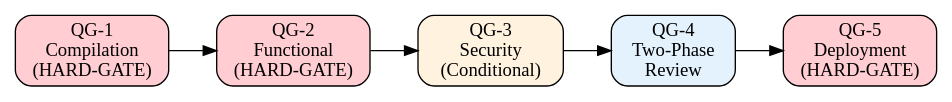
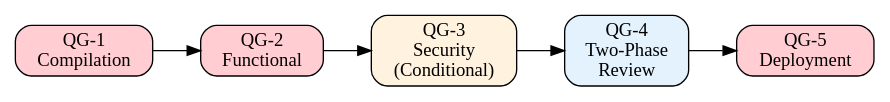
Before and after one commit to yufakang0826-hue/erpforge: the first of 2 diagrams in protocols/quality-gates.md, drawn with Graphviz. The commit also changed other lines of this file and 20 other files, not shown here.

````diff
--- a/protocols/quality-gates.md
+++ b/protocols/quality-gates.md
@@ -12,14 +16,14 @@
 ```dot
 digraph quality_gates {
     rankdir=LR
     node [shape=box, style="rounded,filled", fillcolor="#f0f0f0"]
 
-    qg1 [label="QG-1\nCompilation\n(HARD-GATE)" fillcolor="#ffcdd2"]
-    qg2 [label="QG-2\nFunctional\n(HARD-GATE)" fillcolor="#ffcdd2"]
+    qg1 [label="QG-1\nCompilation" fillcolor="#ffcdd2"]
+    qg2 [label="QG-2\nFunctional" fillcolor="#ffcdd2"]
     qg3 [label="QG-3\nSecurity\n(Conditional)" fillcolor="#fff3e0"]
     qg4 [label="QG-4\nTwo-Phase\nReview" fillcolor="#e3f2fd"]
-    qg5 [label="QG-5\nDeployment\n(HARD-GATE)" fillcolor="#ffcdd2"]
+    qg5 [label="QG-5\nDeployment" fillcolor="#ffcdd2"]
 
     qg1 -> qg2 -> qg3 -> qg4 -> qg5
 }
 ```
````
